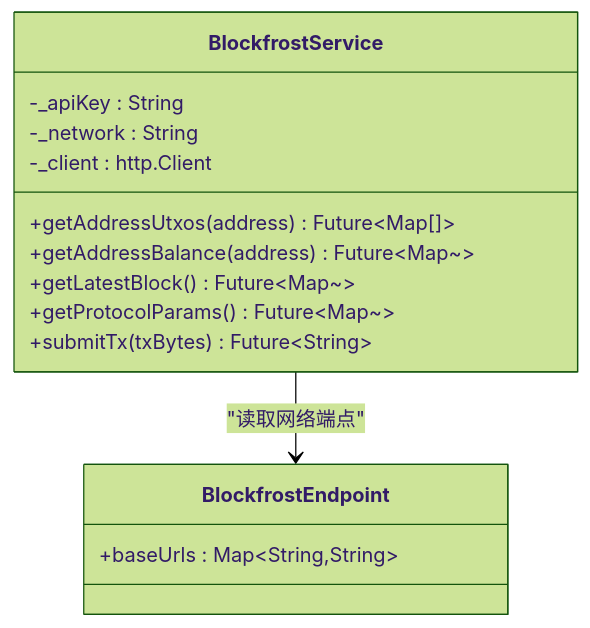
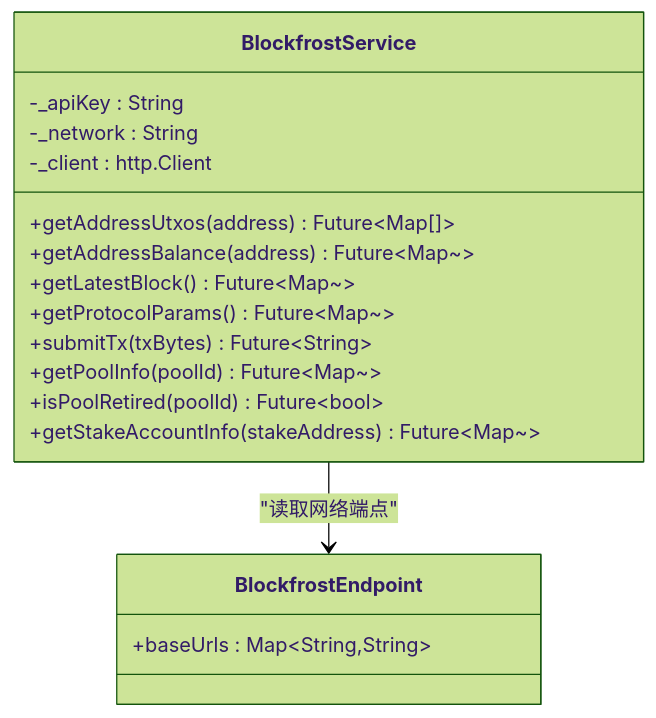
Before and after one commit to EqualToEthan/stasis: the third of 6 diagrams in .qoder/repowiki/zh/content/核心服务/区块链交互服务.md, drawn with Mermaid (forest theme). The commit also changed other lines of this file and 60 other files, not shown here.

````diff
--- a/.qoder/repowiki/zh/content/核心服务/区块链交互服务.md
+++ b/.qoder/repowiki/zh/content/核心服务/区块链交互服务.md
@@ -125,17 +159,20 @@
 ```mermaid
 classDiagram
 class BlockfrostEndpoint {
 +baseUrls : Map~String,String~
 }
 class BlockfrostService {
 -_apiKey : String
 -_network : String
 -_client : http.Client
 +getAddressUtxos(address) Future~Map[]~
 +getAddressBalance(address) Future~Map~~
 +getLatestBlock() Future~Map~~
 +getProtocolParams() Future~Map~~
 +submitTx(txBytes) Future~String~
++getPoolInfo(poolId) Future~Map~~
++isPoolRetired(poolId) Future~bool~
++getStakeAccountInfo(stakeAddress) Future~Map~~
 }
 BlockfrostService --> BlockfrostEndpoint : "读取网络端点"
 ```
````
